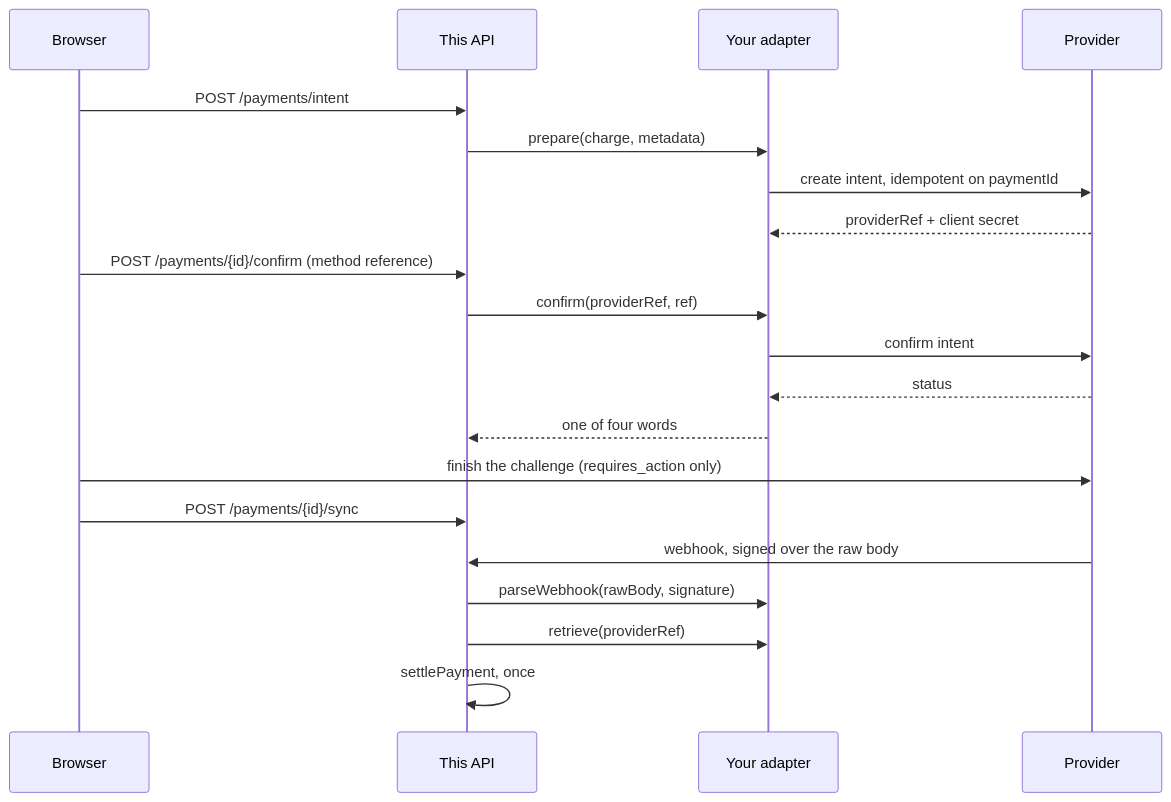
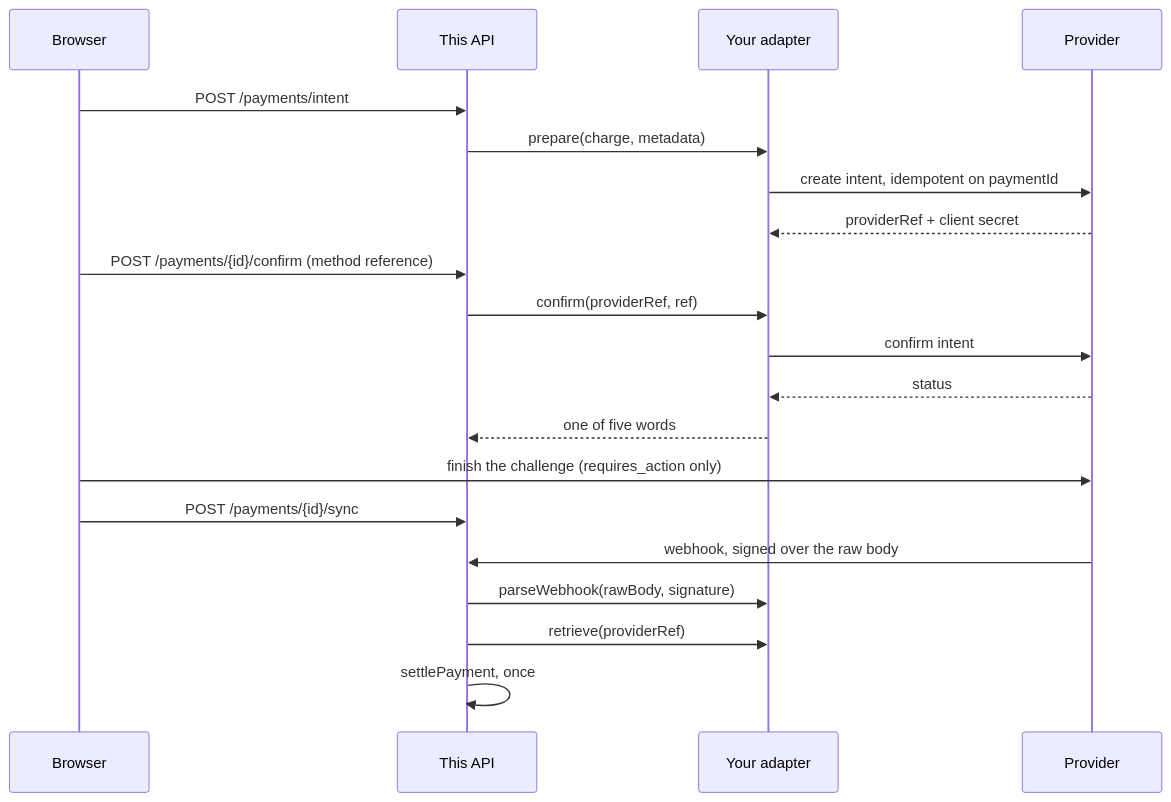
One commit to Guebbit/boilerplate-node-backend changed diagram 12 of 12 in docs/modules/payments.md. Above: the diagram before and after it, drawn with Mermaid. The commit also changed other lines of this file and 24 other files, not shown here.

````diff
--- a/docs/modules/payments.md
+++ b/docs/modules/payments.md
@@ -721,22 +721,22 @@
 ```mermaid
 sequenceDiagram
     participant B as Browser
     participant A as This API
     participant P as Your adapter
     participant S as Provider
     B->>A: POST /payments/intent
     A->>P: prepare(charge, metadata)
     P->>S: create intent, idempotent on paymentId
     S-->>P: providerRef + client secret
     B->>A: POST /payments/{id}/confirm (method reference)
     A->>P: confirm(providerRef, ref)
     P->>S: confirm intent
     S-->>P: status
-    P-->>A: one of four words
+    P-->>A: one of five words
     B->>S: finish the challenge (requires_action only)
     B->>A: POST /payments/{id}/sync
     S->>A: webhook, signed over the raw body
     A->>P: parseWebhook(rawBody, signature)
     A->>P: retrieve(providerRef)
     A->>A: settlePayment, once
 ```
````
